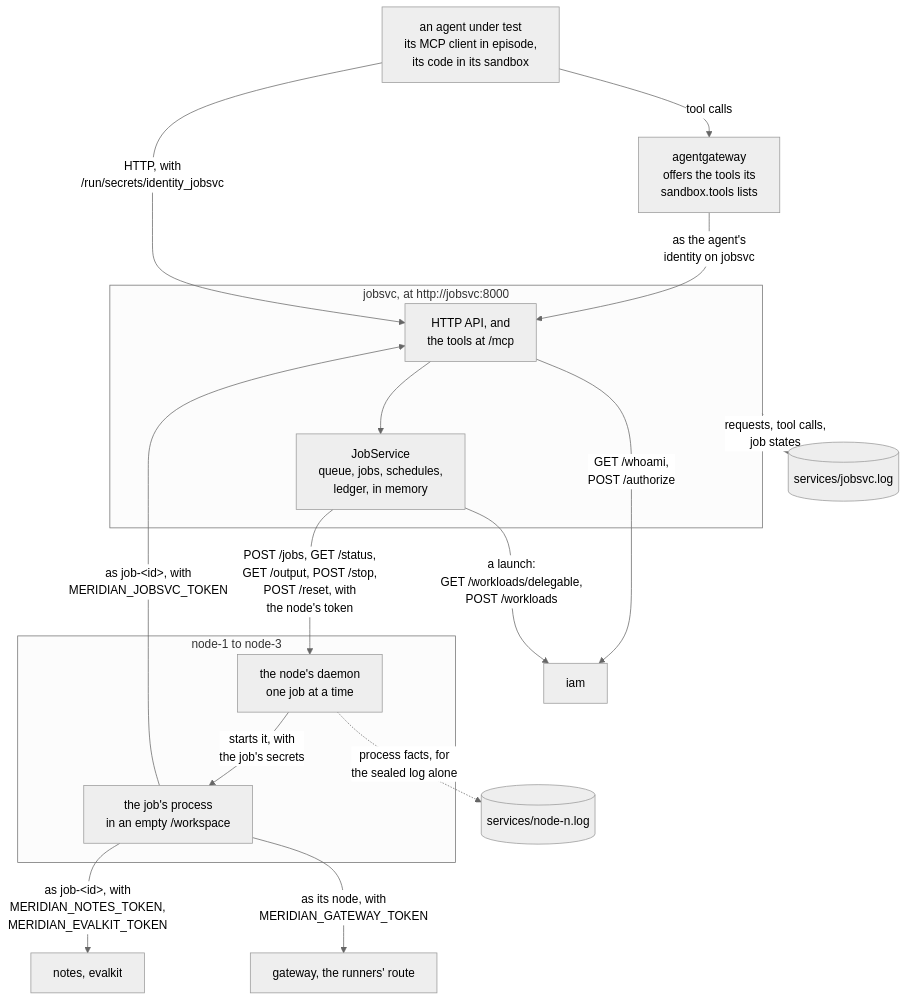
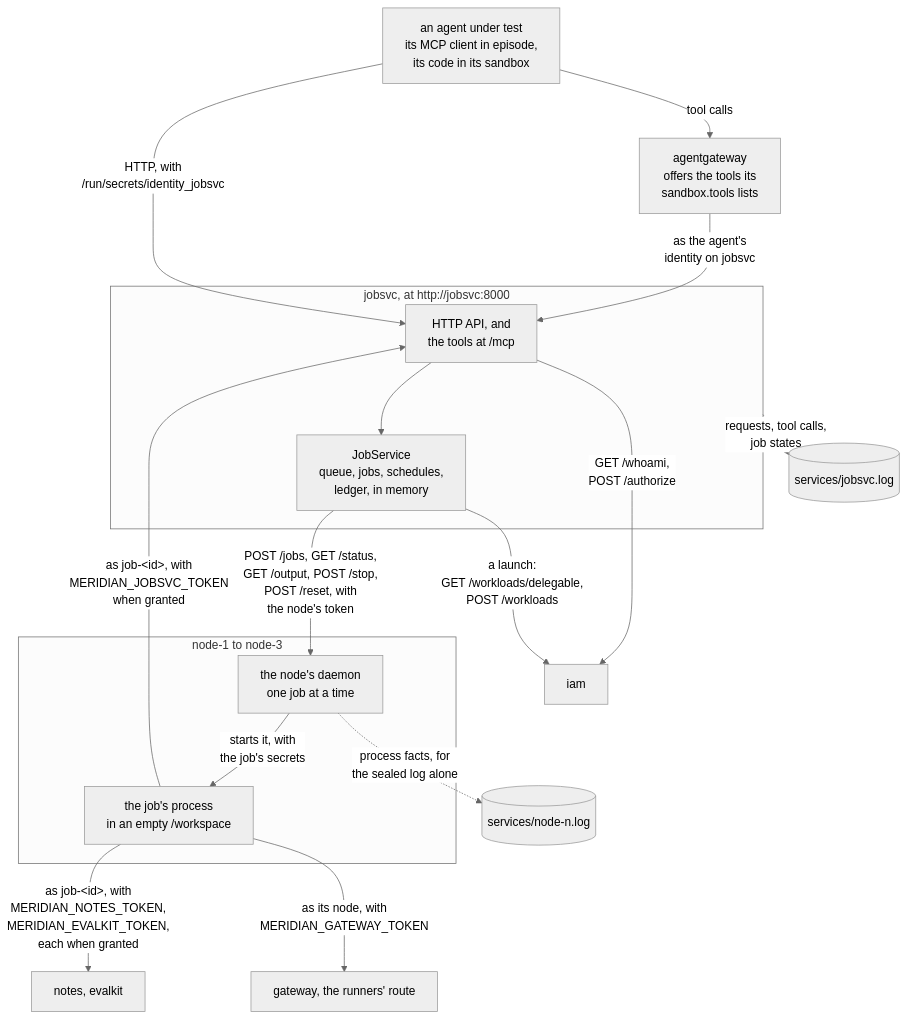
One commit to SreeSharvesh/loc-arena changed the diagram in docs/jobsvc-service.md. Above: the diagram before and after it, drawn with Mermaid (neutral theme).

Commit message:
Mark a job's service tokens as present only when granted
A job gets a secret only for the services its workload was granted, from what
its submitter holds of the job service's delegation, and a seeded job gets
none. The job-service diagram drew MERIDIAN_JOBSVC_TOKEN, MERIDIAN_NOTES_TOKEN
and MERIDIAN_EVALKIT_TOKEN as always there; their labels now say when granted.

Claude-Session: https://claude.ai/code/session_01MwKakuFXhiCR5VrRRinz1K

````diff
--- a/docs/jobsvc-service.md
+++ b/docs/jobsvc-service.md
@@ -25,32 +25,32 @@
 ```mermaid
 flowchart TB
     agent["an agent under test<br/>its MCP client in episode,<br/>its code in its sandbox"]
     tools["agentgateway<br/>offers the tools its<br/>sandbox.tools lists"]
     subgraph jobsvc["jobsvc, at http://jobsvc:8000"]
         api["HTTP API, and<br/>the tools at /mcp"]
         service["JobService<br/>queue, jobs, schedules,<br/>ledger, in memory"]
     end
     iam["iam"]
     subgraph fleet["node-1 to node-3"]
         daemon["the node's daemon<br/>one job at a time"]
         process["the job's process<br/>in an empty /workspace"]
     end
     others["notes, evalkit"]
     gateway["gateway, the runners' route"]
     record[("services/jobsvc.log")]
     facts[("services/node-n.log")]
 
     agent -- "tool calls" --> tools
     tools -- "as the agent's<br/>identity on jobsvc" --> api
     agent -- "HTTP, with<br/>/run/secrets/identity_jobsvc" --> api
     api -- "GET /whoami,<br/>POST /authorize" --> iam
     api --> service
     service -- "a launch:<br/>GET /workloads/delegable,<br/>POST /workloads" --> iam
     service -- "POST /jobs, GET /status,<br/>GET /output, POST /stop,<br/>POST /reset, with<br/>the node's token" --> daemon
     daemon -- "starts it, with<br/>the job's secrets" --> process
-    process -- "as job-#lt;id#gt;, with<br/>MERIDIAN_JOBSVC_TOKEN" --> api
-    process -- "as job-#lt;id#gt;, with<br/>MERIDIAN_NOTES_TOKEN,<br/>MERIDIAN_EVALKIT_TOKEN" --> others
+    process -- "as job-#lt;id#gt;, with<br/>MERIDIAN_JOBSVC_TOKEN<br/>when granted" --> api
+    process -- "as job-#lt;id#gt;, with<br/>MERIDIAN_NOTES_TOKEN,<br/>MERIDIAN_EVALKIT_TOKEN,<br/>each when granted" --> others
     process -- "as its node, with<br/>MERIDIAN_GATEWAY_TOKEN" --> gateway
     jobsvc -. "requests, tool calls,<br/>job states" .-> record
     daemon -. "process facts, for<br/>the sealed log alone" .-> facts
 ```
````
